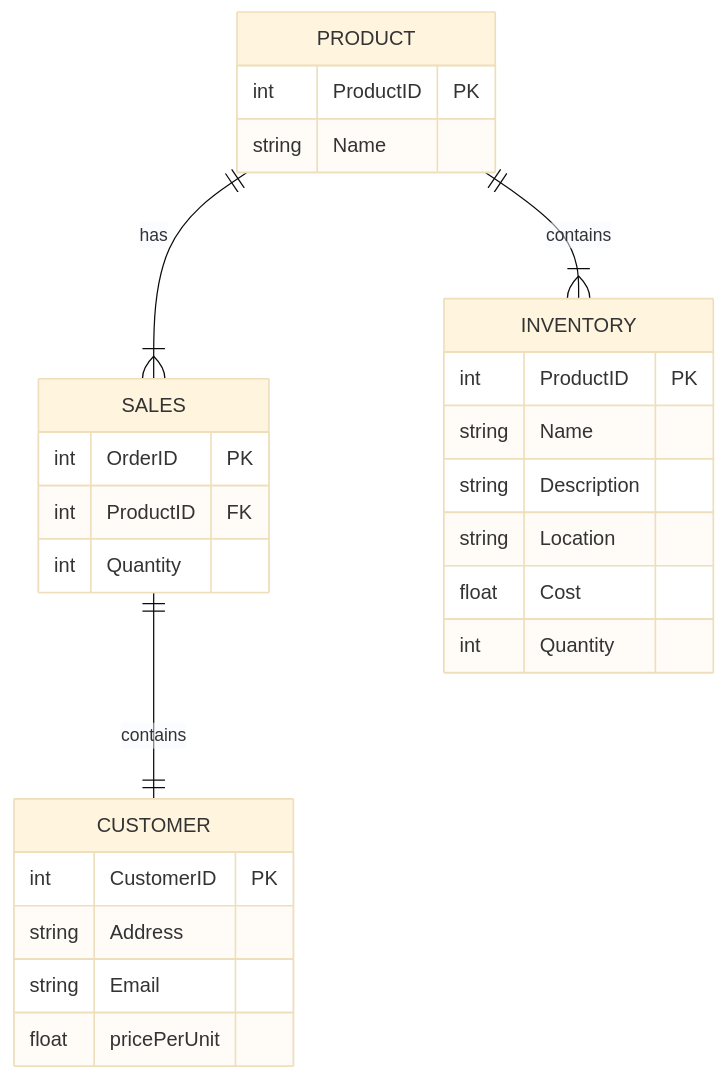
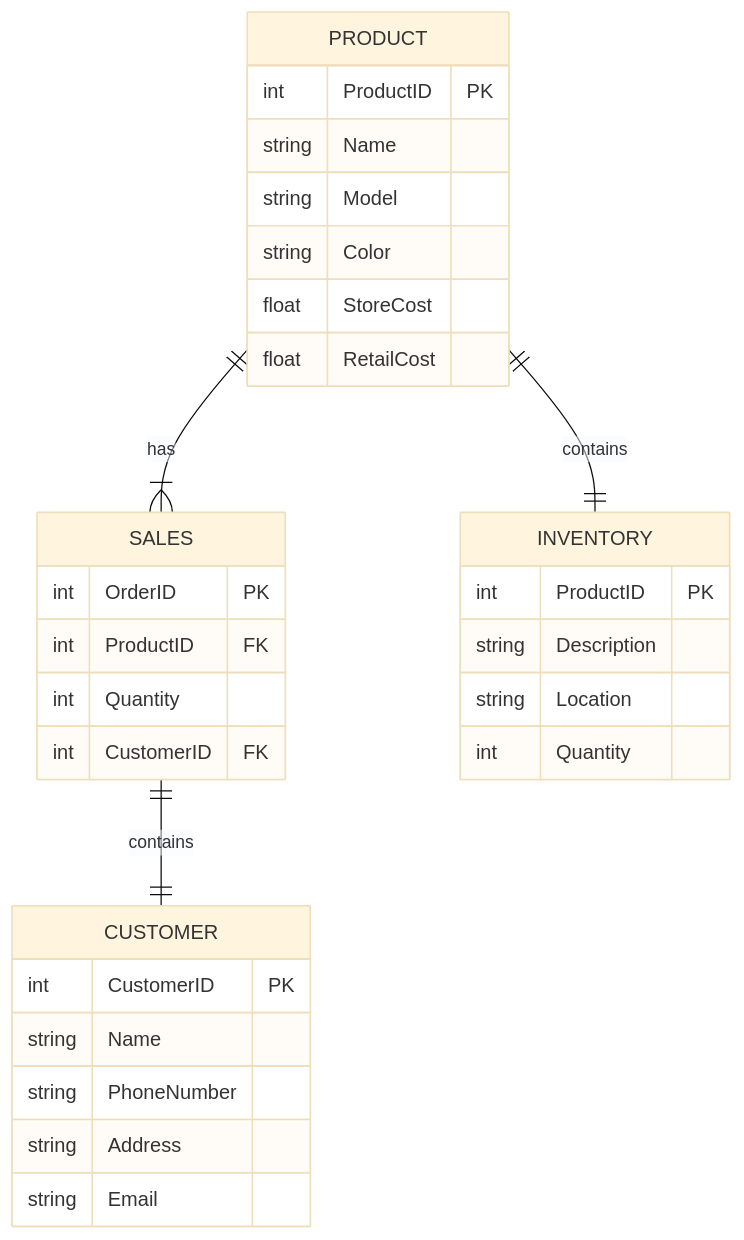
One commit to JessicaLossmann/JessicaLossmann.github.io changed the diagram in NikeStore_ERD.md. Above: the diagram before and after it, drawn with Mermaid (base theme). The commit also changed other lines of this file, not shown here.

````diff
--- a/NikeStore_ERD.md
+++ b/NikeStore_ERD.md
@@ -3,30 +3,34 @@
 ```mermaid
 erDiagram
     PRODUCT ||--|{ SALES : has
     PRODUCT {
         int ProductID PK
         string Name
+        string Model
+        string Color
+        float StoreCost
+        float RetailCost
     }
     SALES {
         int OrderID PK
         int ProductID FK
-        int Quantity    
+        int Quantity
+        int CustomerID FK    
    }
     SALES ||--|| CUSTOMER : contains
         CUSTOMER {
         int CustomerID PK
+        string Name
+        string PhoneNumber
         string Address
         string Email
-        float pricePerUnit
     }
-    PRODUCT ||--|{ INVENTORY : contains
+    PRODUCT ||--|| INVENTORY : contains
     INVENTORY {
         int ProductID PK
-        string Name
         string Description
         string Location
-        float Cost
         int Quantity
     }
 
 ```
````
